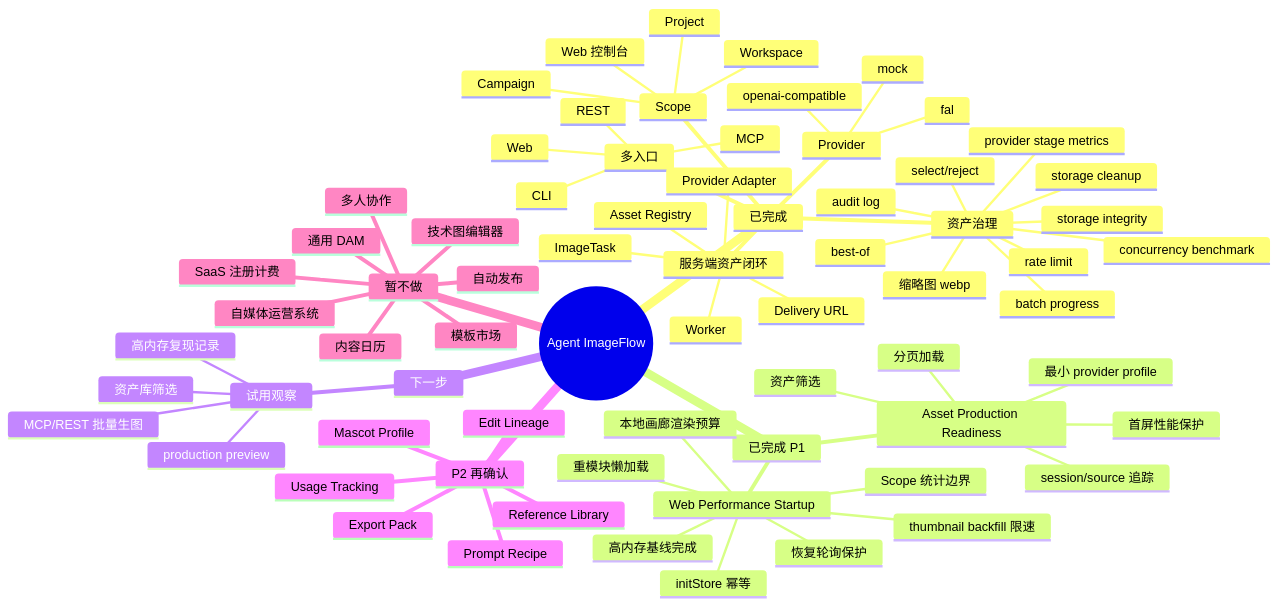
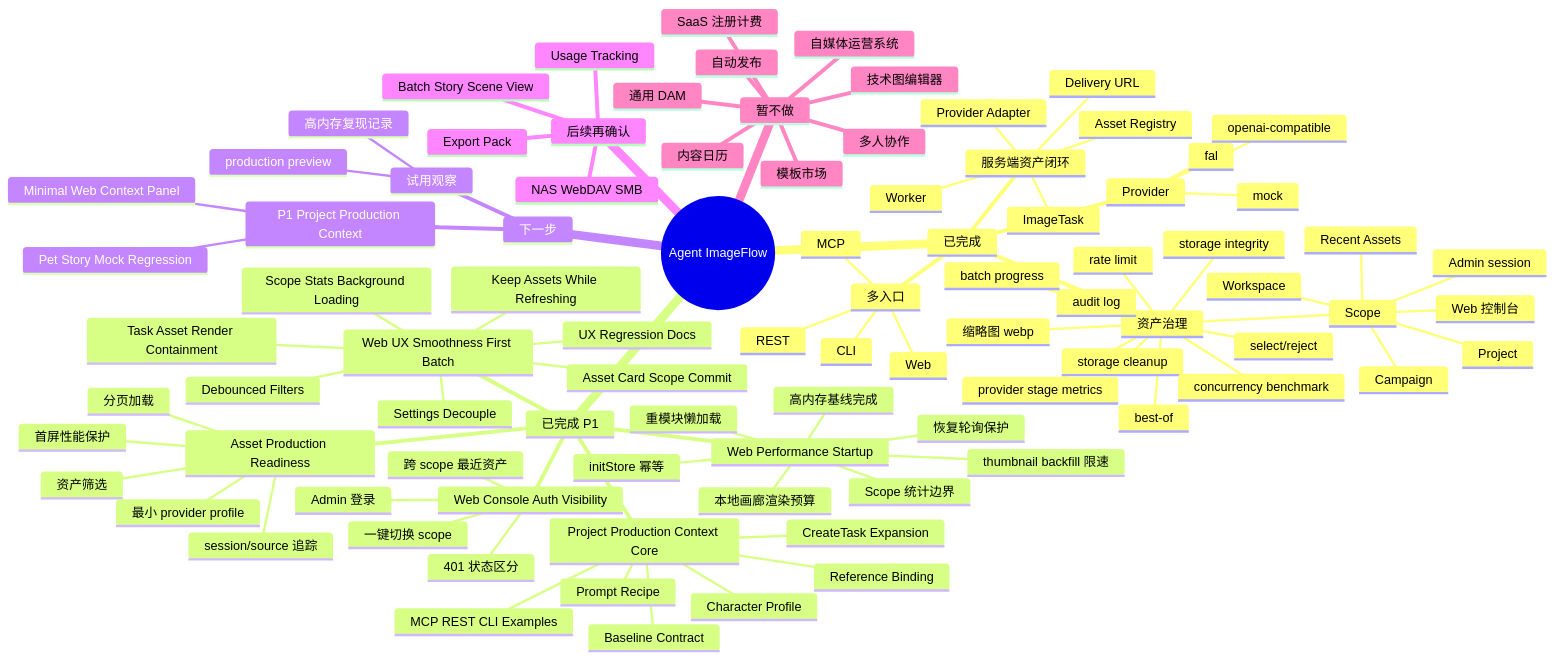
One commit to billionsheep/agent-imageflow changed the diagram in docs/project/PROJECT_STATUS_MAP.md. Above: the diagram before and after it, drawn with Mermaid. The commit also changed other lines of this file and 64 other files, not shown here.

Commit message:
Implement image asset flow and provider integration

```diff
--- a/docs/project/PROJECT_STATUS_MAP.md
+++ b/docs/project/PROJECT_STATUS_MAP.md
@@ -42,11 +42,13 @@
         concurrency benchmark
         provider stage metrics
         batch progress
-      Scope
-        Workspace
-        Project
-        Campaign
-        Web 控制台
+        Scope
+          Workspace
+          Project
+          Campaign
+          Web 控制台
+          Admin session
+          Recent Assets
     已完成 P1
       Asset Production Readiness
         资产筛选
@@ -62,19 +64,38 @@
         恢复轮询保护
         Scope 统计边界
         重模块懒加载
+      Web Console Auth Visibility
+        Admin 登录
+        跨 scope 最近资产
+        401 状态区分
+        一键切换 scope
+      Project Production Context Core
+        Baseline Contract
+        Character Profile
+        Reference Binding
+        Prompt Recipe
+        CreateTask Expansion
+        MCP REST CLI Examples
+      Web UX Smoothness First Batch
+        Settings Decouple
+        Keep Assets While Refreshing
+        Debounced Filters
+        Asset Card Scope Commit
+        Scope Stats Background Loading
+        Task Asset Render Containment
+        UX Regression Docs
     下一步
+      P1 Project Production Context
+        Minimal Web Context Panel
+        Pet Story Mock Regression
       试用观察
         production preview
-        资产库筛选
-        MCP/REST 批量生图
         高内存复现记录
-    P2 再确认
-      Reference Library
-      Mascot Profile
-      Prompt Recipe
-      Edit Lineage
+    后续再确认
       Usage Tracking
       Export Pack
+      Batch Story Scene View
+      NAS WebDAV SMB
     暂不做
       自媒体运营系统
       内容日历
```
